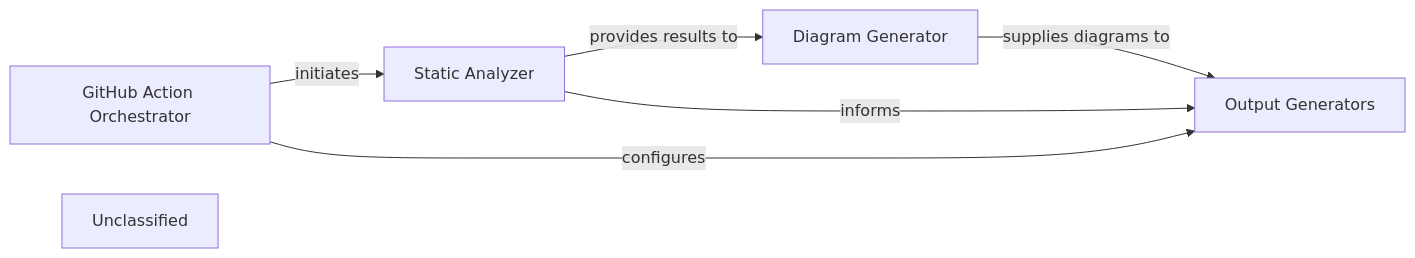
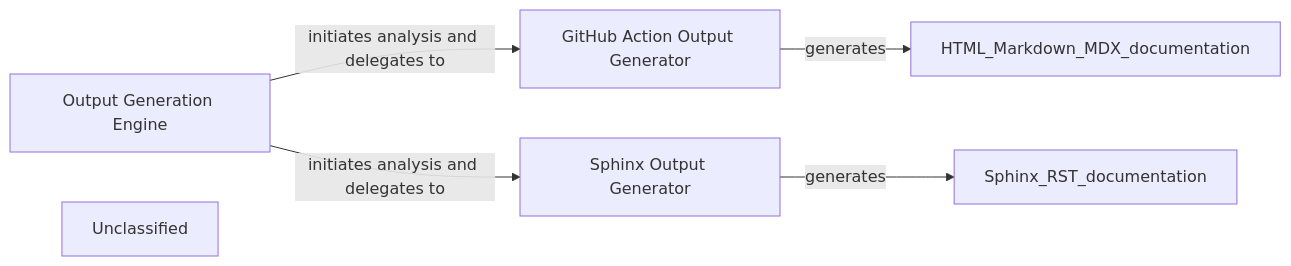
The diagram in .codeboarding/Output_Generation_Engine.md (mariyam866/CodeBoarding), drawn with Mermaid before and after one commit. The commit also changed other lines of this file and 15 other files, not shown here.

First line of the commit message:
docs: update codeboarding documentation and generate architecture

````diff
--- a/.codeboarding/Output_Generation_Engine.md
+++ b/.codeboarding/Output_Generation_Engine.md
@@ -1,13 +1,12 @@
 ```mermaid
 graph LR
-    GitHub_Action_Orchestrator["GitHub Action Orchestrator"]
-    Static_Analyzer["Static Analyzer"]
-    Diagram_Generator["Diagram Generator"]
-    Output_Generators["Output Generators"]
+    Output_Generation_Engine["Output Generation Engine"]
+    GitHub_Action_Output_Generator["GitHub Action Output Generator"]
+    Sphinx_Output_Generator["Sphinx Output Generator"]
     Unclassified["Unclassified"]
-    GitHub_Action_Orchestrator -- "initiates" --> Static_Analyzer
-    Static_Analyzer -- "provides results to" --> Diagram_Generator
-    Diagram_Generator -- "supplies diagrams to" --> Output_Generators
-    GitHub_Action_Orchestrator -- "configures" --> Output_Generators
-    Static_Analyzer -- "informs" --> Output_Generators
+    Output_Generation_Engine -- "initiates analysis and delegates to" --> GitHub_Action_Output_Generator
+    Output_Generation_Engine -- "initiates analysis and delegates to" --> Sphinx_Output_Generator
+    GitHub_Action_Output_Generator -- "generates" --> HTML_Markdown_MDX_documentation
+    Sphinx_Output_Generator -- "generates" --> Sphinx_RST_documentation
+    click Output_Generation_Engine href "https://github.com/CodeBoarding/CodeBoarding/blob/main/.codeboarding/Output_Generation_Engine.md" "Details"
 ```
````
